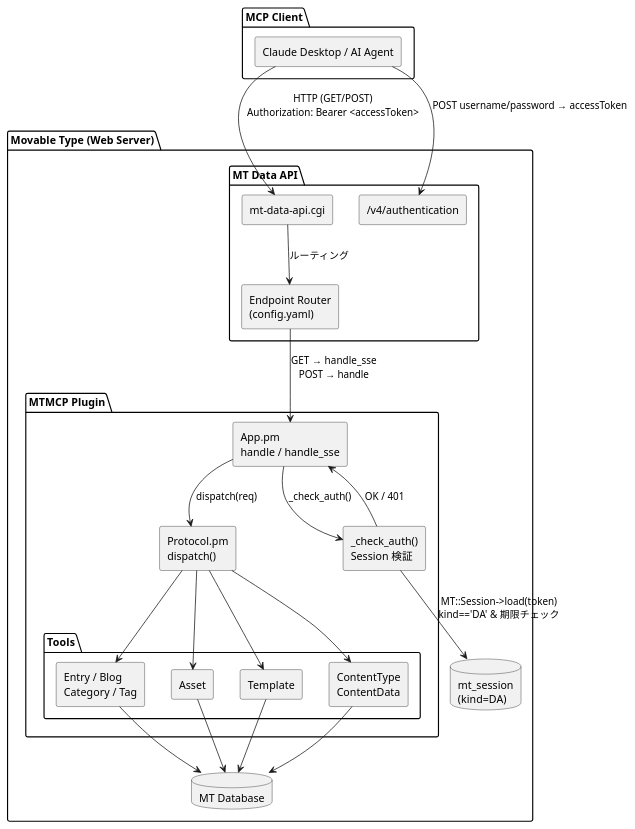
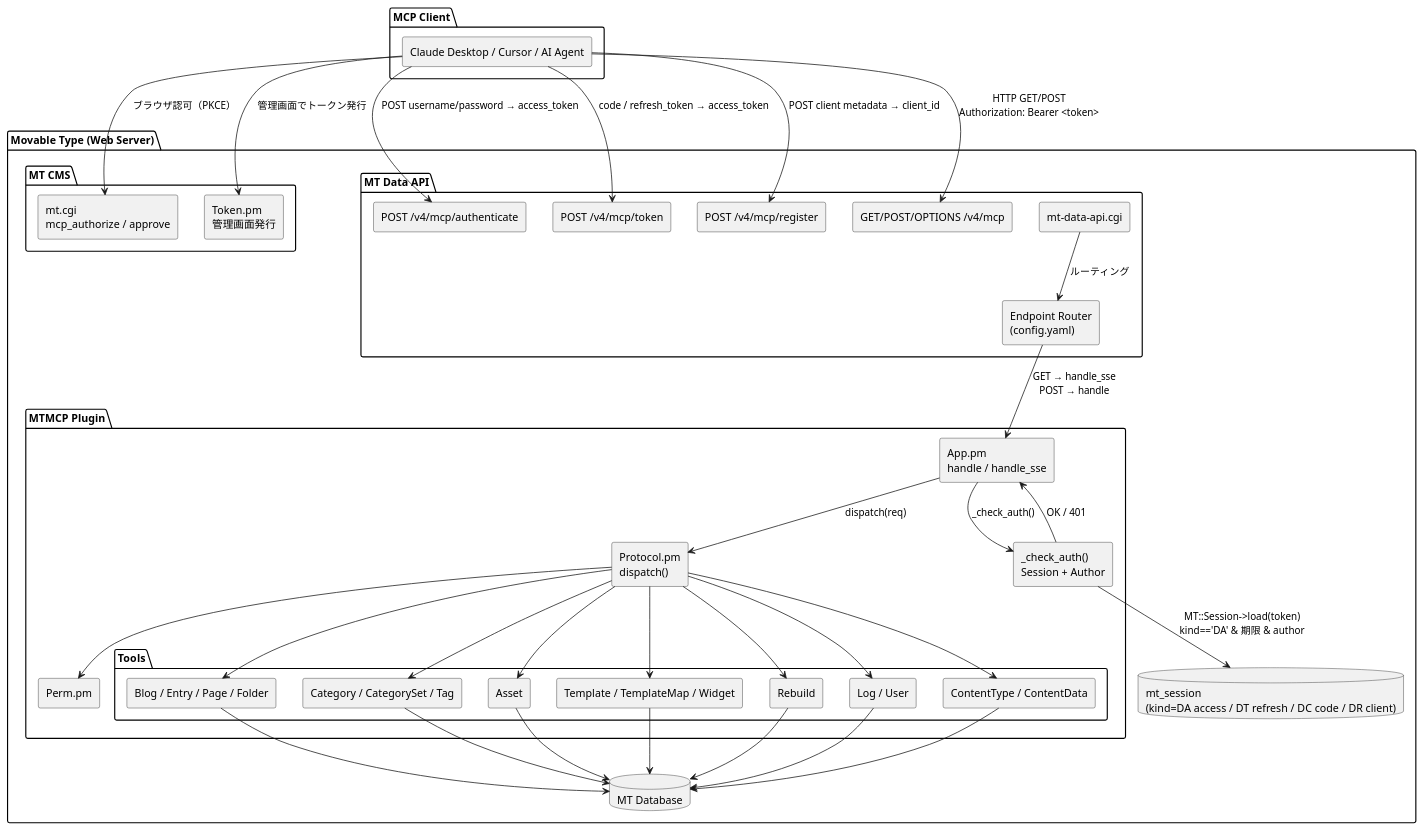
One commit to redamoon/mt-plugin-mcp changed the third of 5 diagrams in docs/architecture-auth.md. Above: the diagram before and after it, drawn with PlantUML. The commit also changed other lines of this file and 2 other files, not shown here.

````diff
--- a/docs/architecture-auth.md
+++ b/docs/architecture-auth.md
@@ -29,55 +63,78 @@
 ```plantuml
 @startuml
 skinparam componentStyle rectangle
 skinparam rectangle {
   BorderColor #555
   BackgroundColor #f9f9f9
 }
 
 package "MCP Client" {
-  [Claude Desktop / AI Agent] as client
+  [Claude Desktop / Cursor / AI Agent] as client
 }
 
 package "Movable Type (Web Server)" {
+  package "MT CMS" {
+    [mt.cgi\nmcp_authorize / approve] as cms_oauth
+    [Token.pm\n管理画面発行] as cms_token
+  }
+
   package "MT Data API" {
     [mt-data-api.cgi] as cgi
     [Endpoint Router\n(config.yaml)] as router
-    [/v4/authentication] as authn_ep
+    [POST /v4/mcp/authenticate] as authn_ep
+    [POST /v4/mcp/token] as token_ep
+    [POST /v4/mcp/register] as dcr_ep
+    [GET/POST/OPTIONS /v4/mcp] as mcp_ep
   }
 
   package "MTMCP Plugin" {
     [App.pm\nhandle / handle_sse] as app
-    [_check_auth()\nSession 検証] as auth
+    [_check_auth()\nSession + Author] as auth
+    [Perm.pm] as perm
     [Protocol.pm\ndispatch()] as protocol
 
     package "Tools" {
-      [Entry / Blog\nCategory / Tag] as tools_entry
+      [Blog / Entry / Page / Folder] as tools_content
+      [Category / CategorySet / Tag] as tools_tax
       [Asset] as tools_asset
-      [Template] as tools_tmpl
-      [ContentType\nContentData] as tools_ct
+      [Template / TemplateMap / Widget] as tools_tmpl
+      [Rebuild] as tools_rebuild
+      [Log / User] as tools_admin
+      [ContentType / ContentData] as tools_ct
     }
   }
 
-  database "mt_session\n(kind=DA)" as session_db
+  database "mt_session\n(kind=DA access / DT refresh / DC code / DR client)" as session_db
   database "MT Database" as db
 }
 
-client --> authn_ep : POST username/password → accessToken
-client --> cgi : HTTP (GET/POST)\nAuthorization: Bearer <accessToken>
+client --> cms_oauth : ブラウザ認可（PKCE）
+client --> dcr_ep : POST client metadata → client_id
+client --> token_ep : code / refresh_token → access_token
+client --> authn_ep : POST username/password → access_token
+client --> cms_token : 管理画面でトークン発行
+client --> mcp_ep : HTTP GET/POST\nAuthorization: Bearer <token>
 cgi --> router : ルーティング
-router --> app : GET  → handle_sse\nPOST → handle
+router --> app : GET → handle_sse\nPOST → handle
 app --> auth : _check_auth()
-auth --> session_db : MT::Session->load(token)\nkind=='DA' & 期限チェック
+auth --> session_db : MT::Session->load(token)\nkind=='DA' & 期限 & author
 auth --> app : OK / 401
 app --> protocol : dispatch(req)
-protocol --> tools_entry
+protocol --> perm
+protocol --> tools_content
+protocol --> tools_tax
 protocol --> tools_asset
 protocol --> tools_tmpl
+protocol --> tools_rebuild
+protocol --> tools_admin
 protocol --> tools_ct
-tools_entry --> db
+tools_content --> db
+tools_tax --> db
 tools_asset --> db
 tools_tmpl --> db
+tools_rebuild --> db
+tools_admin --> db
 tools_ct --> db
 
 @enduml
 ```
````
